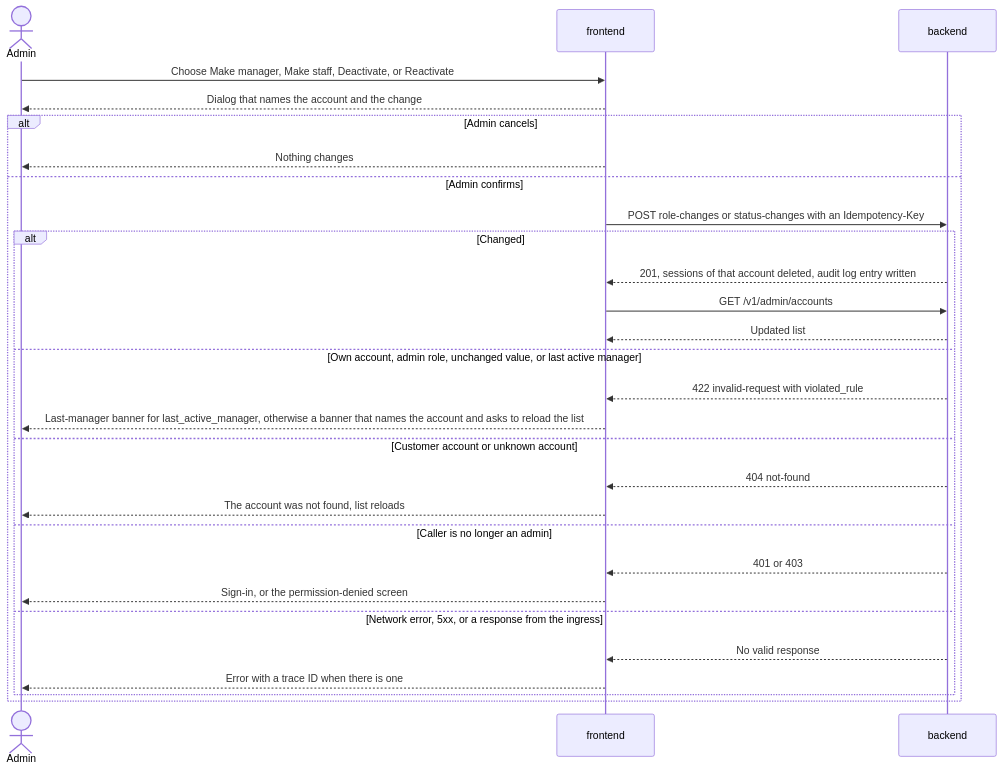
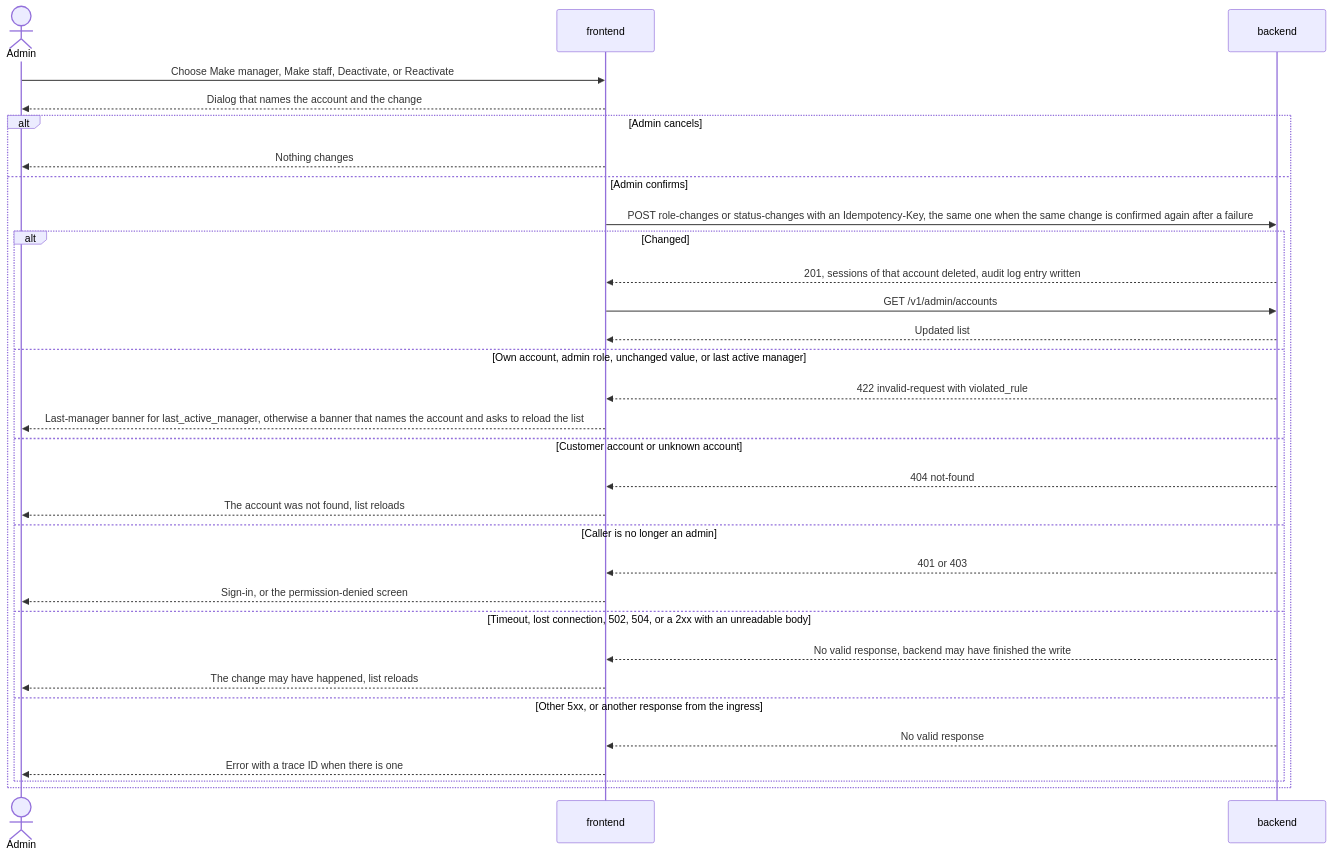
Before and after one commit to ml-system-design-nhom-5/SupportIQ: the diagram in docs/design/admin-ui.md, drawn with Mermaid. The commit also changed other lines of this file and 7 other files, not shown here.

````diff
--- a/docs/design/admin-ui.md
+++ b/docs/design/admin-ui.md
@@ -106,30 +110,33 @@
 ```mermaid
 sequenceDiagram
     actor Admin
     participant FE as frontend
     participant BE as backend
     Admin->>FE: Choose Make manager, Make staff, Deactivate, or Reactivate
     FE-->>Admin: Dialog that names the account and the change
     alt Admin cancels
         FE-->>Admin: Nothing changes
     else Admin confirms
-        FE->>BE: POST role-changes or status-changes with an Idempotency-Key
+        FE->>BE: POST role-changes or status-changes with an Idempotency-Key, the same one when the same change is confirmed again after a failure
         alt Changed
             BE-->>FE: 201, sessions of that account deleted, audit log entry written
             FE->>BE: GET /v1/admin/accounts
             BE-->>FE: Updated list
         else Own account, admin role, unchanged value, or last active manager
             BE-->>FE: 422 invalid-request with violated_rule
             FE-->>Admin: Last-manager banner for last_active_manager, otherwise a banner that names the account and asks to reload the list
         else Customer account or unknown account
             BE-->>FE: 404 not-found
             FE-->>Admin: The account was not found, list reloads
         else Caller is no longer an admin
             BE-->>FE: 401 or 403
             FE-->>Admin: Sign-in, or the permission-denied screen
-        else Network error, 5xx, or a response from the ingress
+        else Timeout, lost connection, 502, 504, or a 2xx with an unreadable body
+            BE-->>FE: No valid response, backend may have finished the write
+            FE-->>Admin: The change may have happened, list reloads
+        else Other 5xx, or another response from the ingress
             BE-->>FE: No valid response
             FE-->>Admin: Error with a trace ID when there is one
         end
     end
 ```
````
